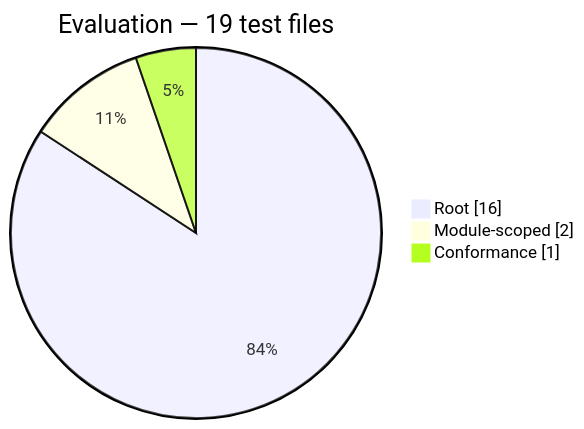
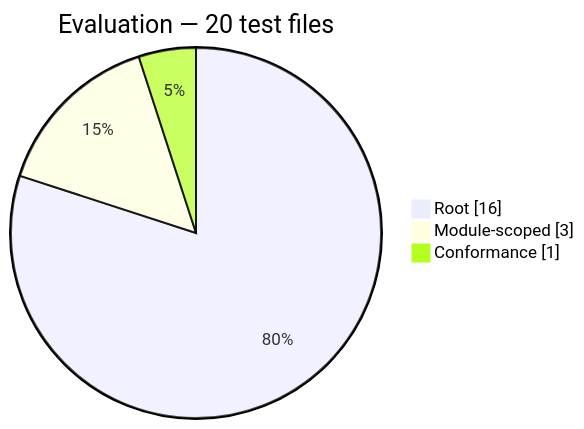
Before and after one commit to PHP-Arazzo/php-arazzo: the third of 13 diagrams in docs/generated/test-composition.md, drawn with Mermaid. The commit also changed other lines of this file and 84 other files, not shown here.

````diff
--- a/docs/generated/test-composition.md
+++ b/docs/generated/test-composition.md
@@ -44,7 +44,7 @@
 ```mermaid
 pie showData
-    title Evaluation — 19 test files
+    title Evaluation — 20 test files
     "Root": 16
-    "Module-scoped": 2
+    "Module-scoped": 3
     "Conformance": 1
 ```
````
